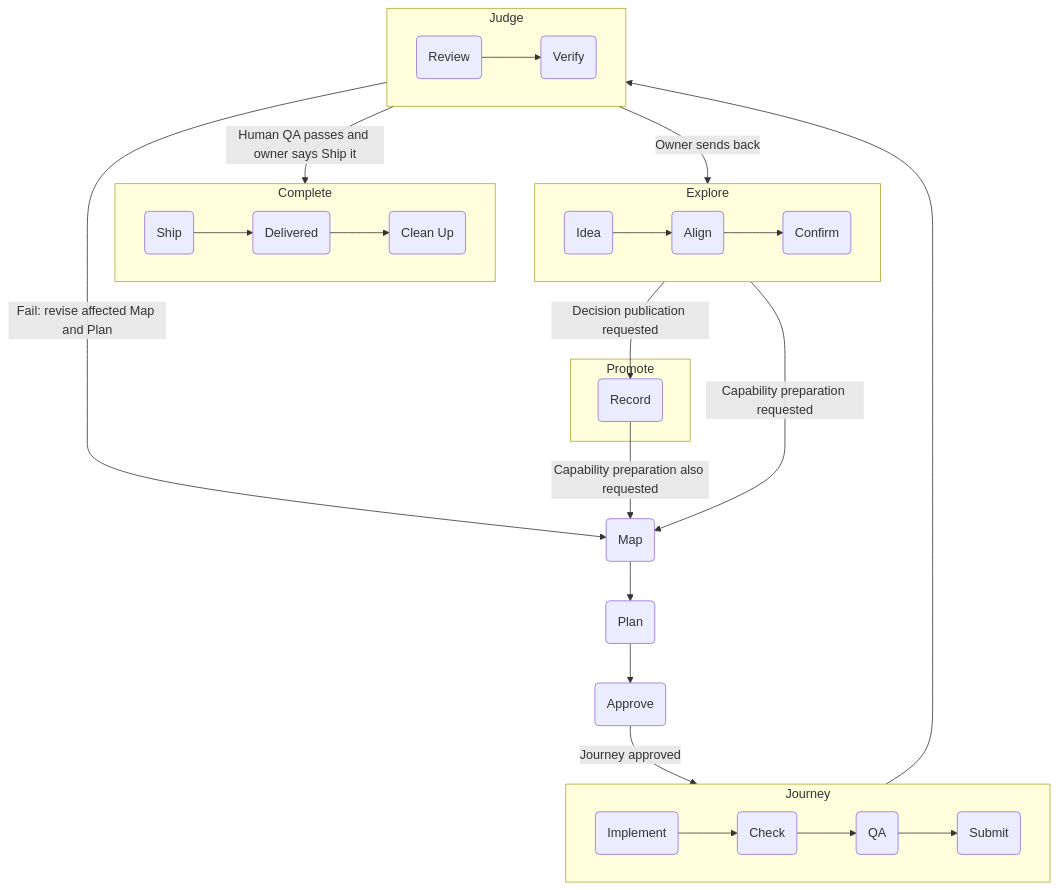
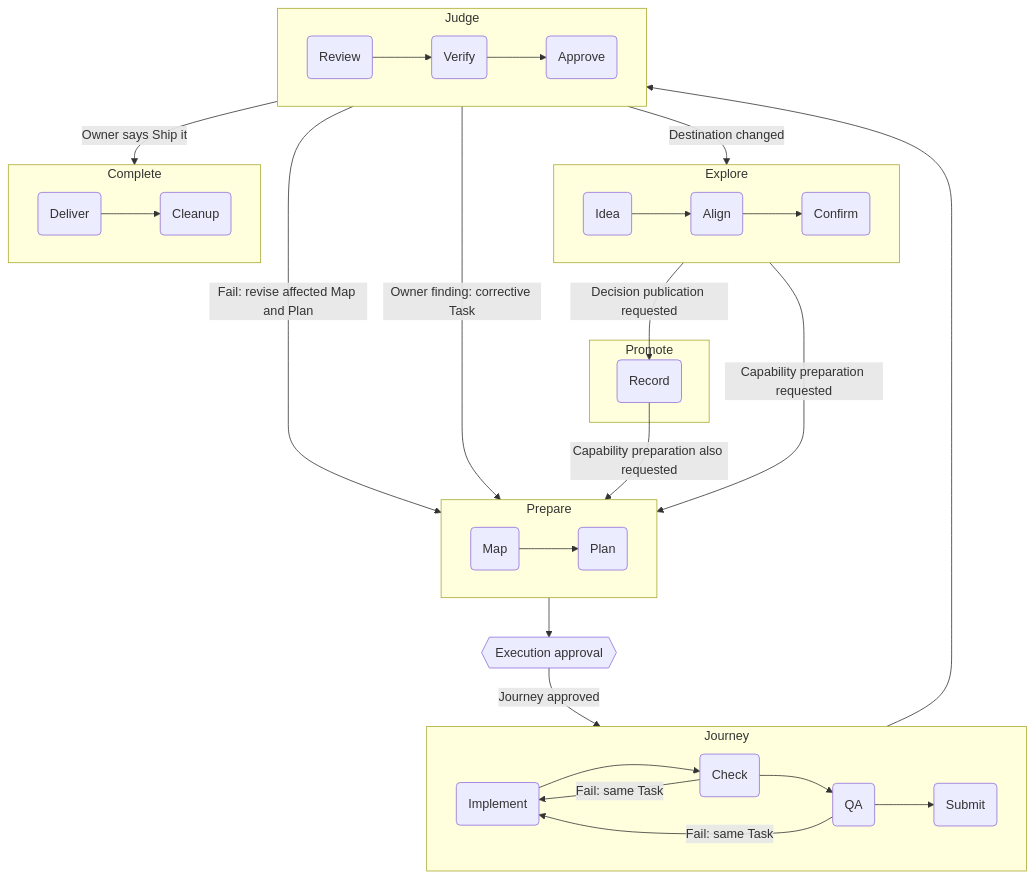
One commit to KaydenClark/Workbench_Template changed the diagram in .agents/skills/implement/workflow-reference.md. Above: the diagram before and after it, drawn with Mermaid. The commit also changed other lines of this file and 105 other files, not shown here.

````diff
--- a/.agents/skills/implement/workflow-reference.md
+++ b/.agents/skills/implement/workflow-reference.md
@@ -24,31 +40,39 @@
 ```mermaid
 flowchart TB
   subgraph Explore
     direction LR
     idea("Idea") --> align("Align") --> confirm("Confirm")
   end
   subgraph Promote
     record("Record")
   end
-  map("Map") --> plan("Plan") --> approve("Approve")
+  subgraph Prepare
+    direction LR
+    map("Map") --> plan("Plan")
+  end
+  execution{{"Execution approval"}}
   subgraph Journey
     direction LR
     implement("Implement") --> check("Check") --> qa("QA") --> submit("Submit")
   end
   subgraph Judge
     direction LR
-    review("Review") --> verify("Verify")
+    review("Review") --> verify("Verify") --> approve("Approve")
   end
   subgraph Complete
     direction LR
-    ship("Ship") --> delivered("Delivered") --> cleanup("Clean Up")
+    deliver("Deliver") --> cleanup("Cleanup")
   end
   confirm -->|Decision publication requested| record
   confirm -->|Capability preparation requested| map
   record -->|Capability preparation also requested| map
-  approve -->|Journey approved| implement
+  plan --> execution
+  execution -->|Journey approved| implement
+  check -->|Fail: same Task| implement
+  qa -->|Fail: same Task| implement
   submit --> review
   review -->|Fail: revise affected Map and Plan| map
-  verify -->|Human QA passes and owner says Ship it| ship
-  verify -->|Owner sends back| align
+  approve -->|Owner finding: corrective Task| map
+  approve -->|Owner says Ship it| deliver
+  approve -->|Destination changed| align
 ```
````
